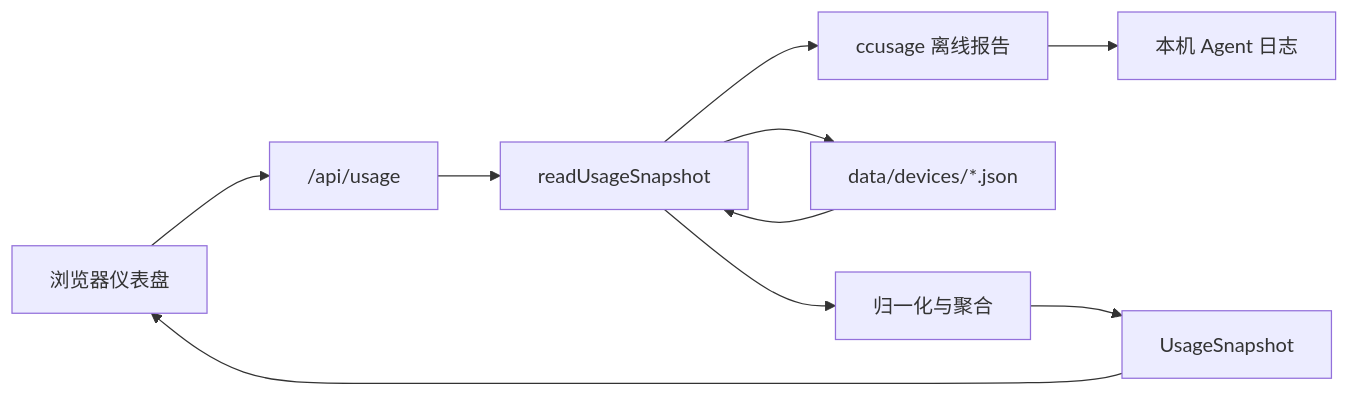
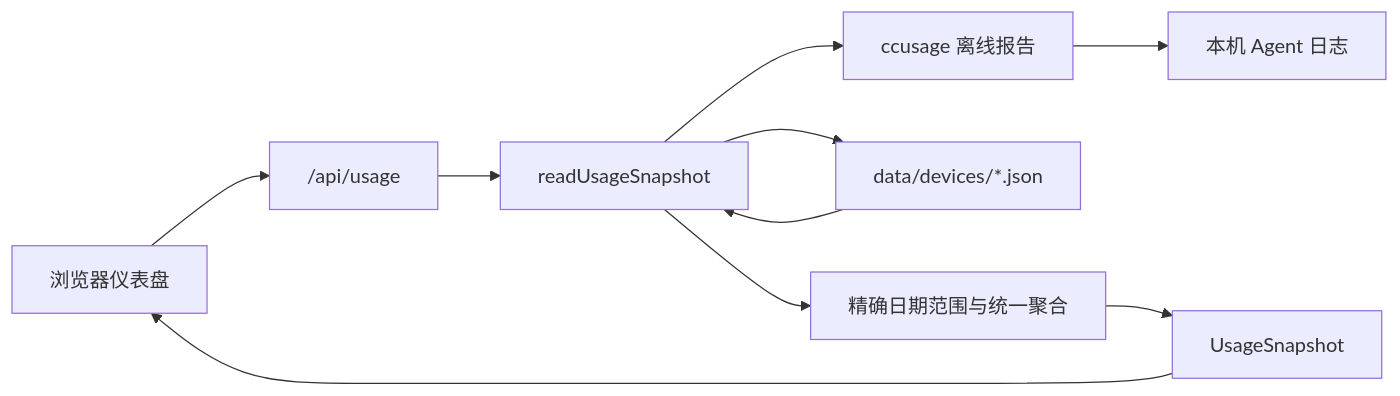
One commit to DonsonHH/Token-Atlas changed the diagram in README.md. Above: the diagram before and after it, drawn with Mermaid. The commit also changed other lines of this file and 51 other files, not shown here.

````diff
--- a/README.md
+++ b/README.md
@@ -127,12 +136,12 @@
 ```mermaid
 flowchart LR
   Browser["浏览器仪表盘"] --> Route["/api/usage"]
   Route --> Reader["readUsageSnapshot"]
   Reader --> Cli["ccusage 离线报告"]
   Reader --> Imports["data/devices/*.json"]
   Cli --> Local["本机 Agent 日志"]
   Imports --> Reader
-  Reader --> Domain["归一化与聚合"]
+  Reader --> Domain["精确日期范围与统一聚合"]
   Domain --> Snapshot["UsageSnapshot"]
   Snapshot --> Browser
 ```
````
